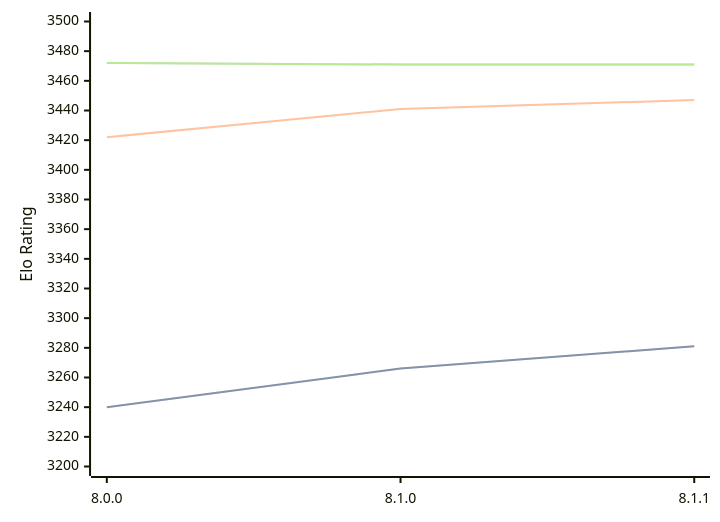
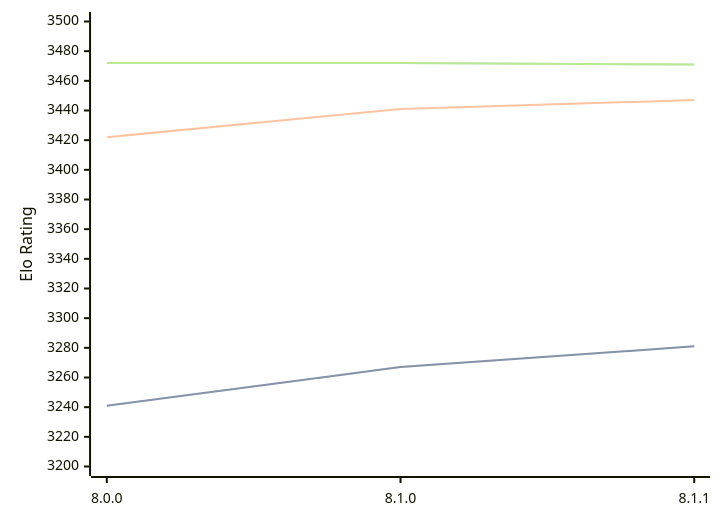
One commit to computer-chess-index/cci changed the diagram in engines/Velvet.md. Above: the diagram before and after it, drawn with Mermaid. The commit also changed other lines of this file, not shown here.

Commit message:
Update CCI Ratings (ELO VLTC) - 2026-08-27

````diff
--- a/engines/Velvet.md
+++ b/engines/Velvet.md
@@ -33,11 +33,11 @@
 ```mermaid
 %%{init: {"theme":"base","themeVariables":{"seriesColors:['#a3a3a3','#222221','#faa371']}}}%%
 xychart-beta
   x-axis ["8.0.0", "8.1.0", "8.1.1"]
   y-axis "Elo Rating" 3200 --> 3500
-  line "STC (8.0+0.08s)" [3240, 3266, 3281]
-  line "STC (8.0+0.08s)" [3240, 3266, 3281]
+  line "STC (8.0+0.08s)" [3241, 3267, 3281]
+  line "STC (8.0+0.08s)" [3241, 3267, 3281]
   line "LTC (60.0+0.60s)" [3422, 3441, 3447]
-  line "VLTC (2m24s+1.12s)" [3472, 3471, 3471]
-  line "VLTC (2m24s+1.12s)" [3472, 3471, 3471]
+  line "VLTC (2m24s+1.12s)" [3472, 3472, 3471]
+  line "VLTC (2m24s+1.12s)" [3472, 3472, 3471]
 ```
````
